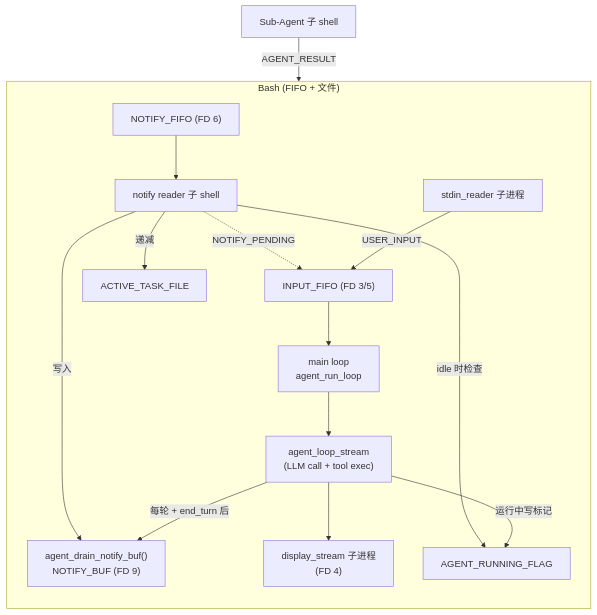
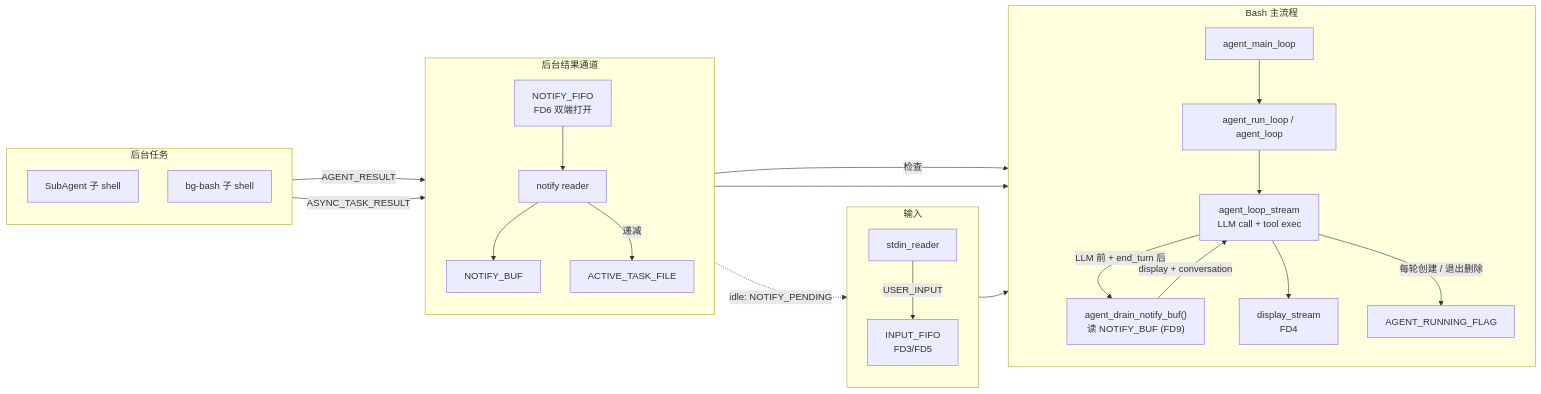
The fifth of 8 diagrams in docs/BASH_ARCHITECTURE.md (lloydzhou/bash-agent), drawn with Mermaid before and after one commit. The commit also changed other lines of this file and 1 other file, not shown here.

Commit message:
docs: update architecture diagrams

````diff
--- a/docs/BASH_ARCHITECTURE.md
+++ b/docs/BASH_ARCHITECTURE.md
@@ -1354,30 +1423,47 @@
 ```mermaid
-graph TB
-    subgraph Bash["Bash (FIFO + 文件)"]
+graph LR
+    subgraph In["输入"]
         direction TB
-        BL["stdin_reader 子进程"]
-        BInput["INPUT_FIFO (FD 3/5)"]
-        BMain["main loop<br/>agent_run_loop"]
-        BAgent["agent_loop_stream<br/>(LLM call + tool exec)"]
-        BDrain["agent_drain_notify_buf()<br/>NOTIFY_BUF (FD 9)"]
-        BNR["notify reader 子 shell"]
-        BNRFifo["NOTIFY_FIFO (FD 6)"]
-        BDisp["display_stream 子进程<br/>(FD 4)"]
+        BL["stdin_reader"]
+        BInput["INPUT_FIFO<br/>FD3/FD5"]
+        BL -->|"USER_INPUT"| BInput
+    end
+
+    subgraph Bash["Bash 主流程"]
+        direction TB
+        BMain["agent_main_loop"]
+        BRun["agent_run_loop / agent_loop"]
+        BAgent["agent_loop_stream<br/>LLM call + tool exec"]
+        BDrain["agent_drain_notify_buf()<br/>读 NOTIFY_BUF (FD9)"]
+        BDisp["display_stream<br/>FD4"]
         BFlag["AGENT_RUNNING_FLAG"]
+        BMain --> BRun --> BAgent
+        BAgent -->|"LLM 前 + end_turn 后"| BDrain
+        BAgent --> BDisp
+        BAgent -->|"每轮创建 / 退出删除"| BFlag
+    end
+
+    subgraph Notify["后台结果通道"]
+        direction TB
+        BNRFifo["NOTIFY_FIFO<br/>FD6 双端打开"]
+        BNR["notify reader"]
+        BBuf["NOTIFY_BUF"]
         BActive["ACTIVE_TASK_FILE"]
+        BNRFifo --> BNR --> BBuf
+        BNR -->|"递减"| BActive
+        BNR -->|"检查"| BFlag
     end
-    BSub["Sub-Agent 子 shell"]
 
-    BL -->|"USER_INPUT"| BInput
+    subgraph Bg["后台任务"]
+        direction TB
+        BSub["SubAgent 子 shell"]
+        BBash["bg-bash 子 shell"]
+        BSub -->|"AGENT_RESULT"| BNRFifo
+        BBash -->|"ASYNC_TASK_RESULT"| BNRFifo
+    end
+
     BInput --> BMain
-    BMain --> BAgent
-    BAgent -->|"每轮 + end_turn 后"| BDrain
-    BAgent --> BDisp
-    BAgent -->|"运行中写标记"| BFlag
-    BSub -->|"AGENT_RESULT"| BNRFifo
-    BNRFifo --> BNR
-    BNR -->|"写入"| BDrain
-    BNR -->|"递减"| BActive
-    BNR -->|"idle 时检查"| BFlag
-    BNR -.->|"NOTIFY_PENDING"| BInput
+    BNR -.->|"idle: NOTIFY_PENDING"| BInput
+    BBuf --> BDrain
+    BDrain -->|"display + conversation"| BAgent
 ```
````
